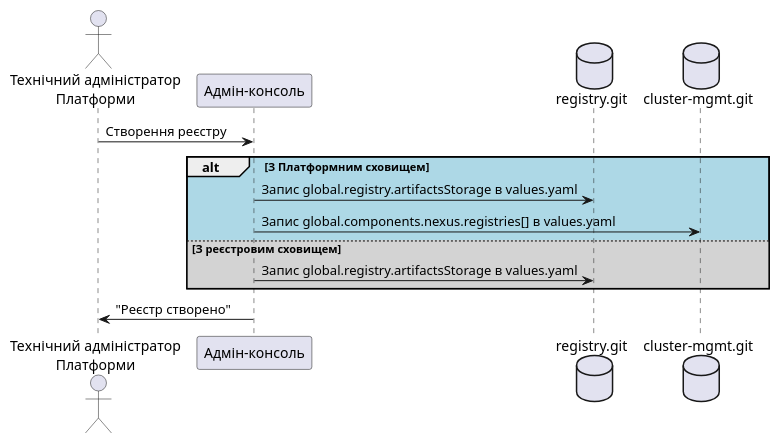
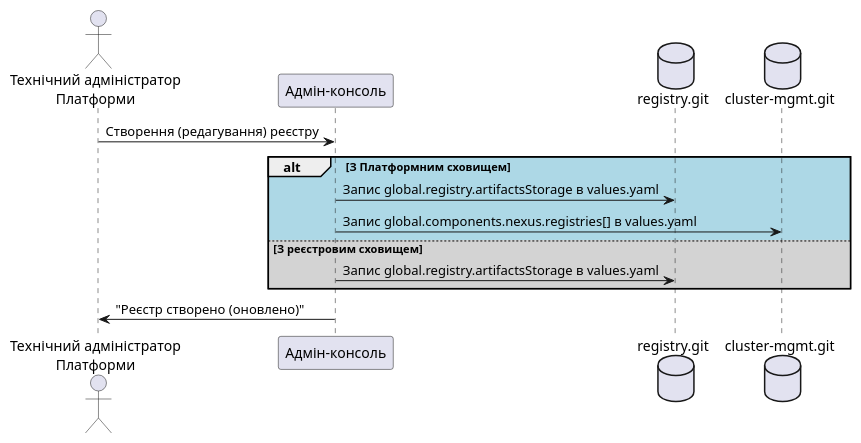
The diagram in docs/ua/modules/arch/pages/architecture-workspace/platform-evolution/optional-registry-nexus/optional-registry-nexus.adoc (epam/edp-ddm-architecture), drawn with PlantUML before and after one commit. The commit also changed other lines of this file and 2 other files, not shown here.

```diff
--- a/docs/ua/modules/arch/pages/architecture-workspace/platform-evolution/optional-registry-nexus/optional-registry-nexus.adoc
+++ b/docs/ua/modules/arch/pages/architecture-workspace/platform-evolution/optional-registry-nexus/optional-registry-nexus.adoc
@@ -127,17 +132,17 @@
 [plantuml]
 ----
 actor "Технічний адміністратор\nПлатформи" as admin
 participant "Адмін-консоль" as console
 database "registry.git" as registry
 database "cluster-mgmt.git" as cluster
 
-admin -> console: Створення реєстру
+admin -> console: Створення (редагування) реєстру
 alt #LightBlue З Платформним сховищем
 console -> registry: Запис global.registry.artifactsStorage в values.yaml
 console -> cluster: Запис global.components.nexus.registries[] в values.yaml
 else #LightGray З реєстровим сховищем
 console -> registry: Запис global.registry.artifactsStorage в values.yaml
 end
-console -> admin: "Реєстр створено"
+console -> admin: "Реєстр створено (оновлено)"
 
 ----
```
